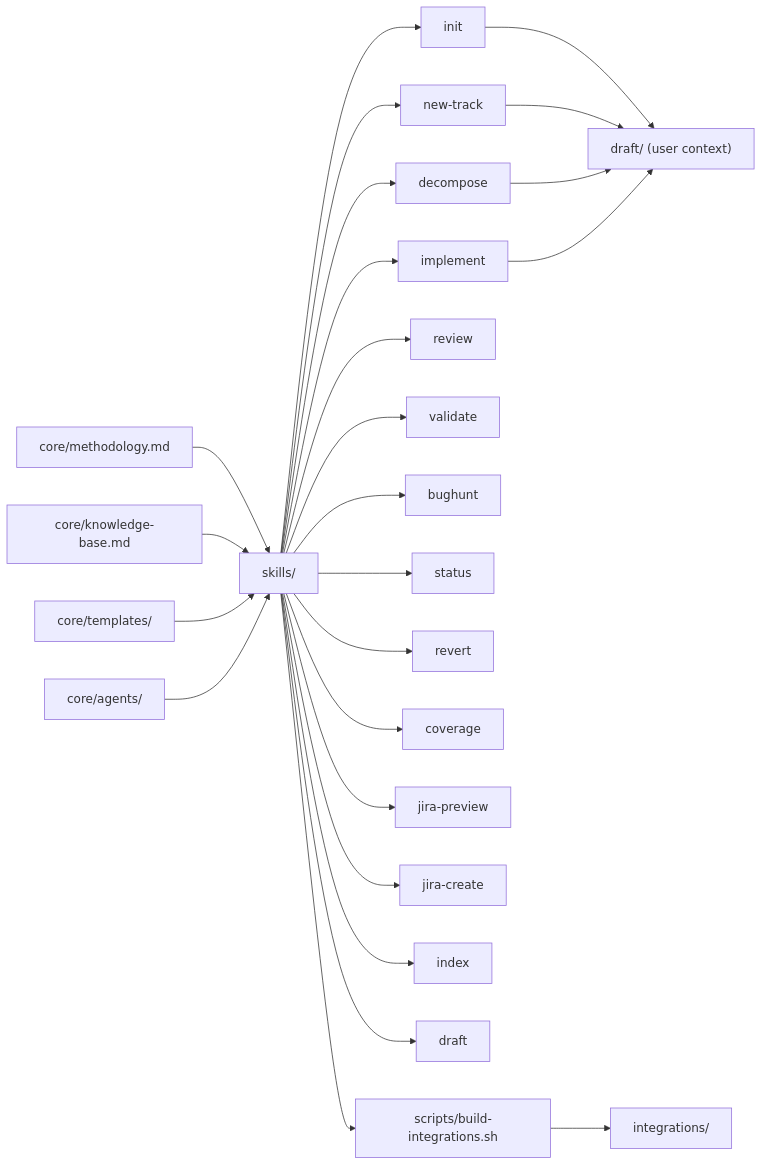
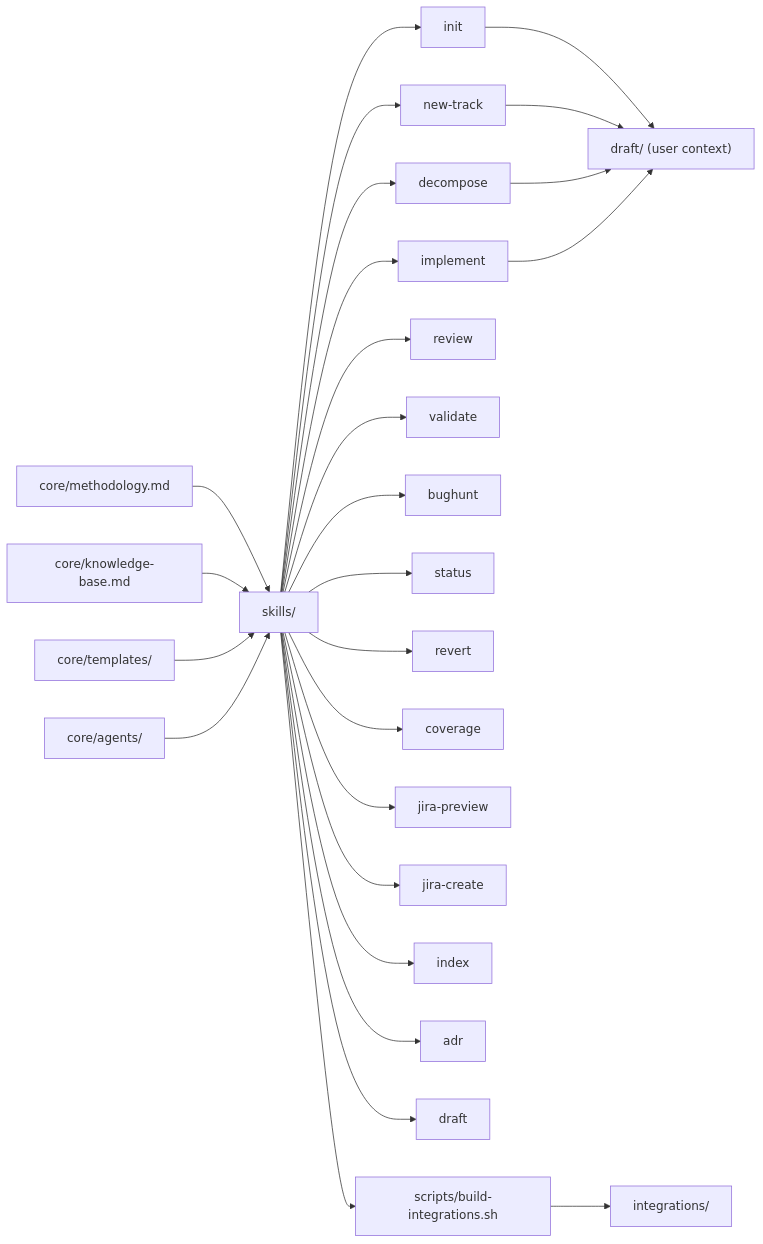
One commit to mayurpise/draft changed the sixth of 6 diagrams in draft/architecture.md. Above: the diagram before and after it, drawn with Mermaid. The commit also changed other lines of this file and 7 other files, not shown here.

````diff
--- a/draft/architecture.md
+++ b/draft/architecture.md
@@ -185,30 +185,31 @@
 ```mermaid
 graph LR
     Methodology["core/methodology.md"] --> Skills["skills/"]
     KnowledgeBase["core/knowledge-base.md"] --> Skills
     Templates["core/templates/"] --> Skills
     Agents["core/agents/"] --> Skills
 
     Skills --> InitSkill["init"]
     Skills --> NewTrackSkill["new-track"]
     Skills --> DecomposeSkill["decompose"]
     Skills --> ImplementSkill["implement"]
     Skills --> ReviewSkill["review"]
     Skills --> ValidateSkill["validate"]
     Skills --> BugHuntSkill["bughunt"]
     Skills --> StatusSkill["status"]
     Skills --> RevertSkill["revert"]
     Skills --> CoverageSkill["coverage"]
     Skills --> JiraPreviewSkill["jira-preview"]
     Skills --> JiraCreateSkill["jira-create"]
     Skills --> IndexSkill["index"]
+    Skills --> ADRSkill["adr"]
     Skills --> DraftSkill["draft"]
 
     InitSkill --> UserDraft["draft/ (user context)"]
     NewTrackSkill --> UserDraft
     DecomposeSkill --> UserDraft
     ImplementSkill --> UserDraft
 
     BuildScript["scripts/build-integrations.sh"] --> Integrations["integrations/"]
     Skills --> BuildScript
 ```
````
